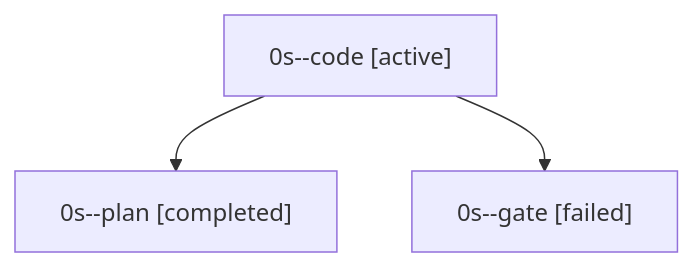
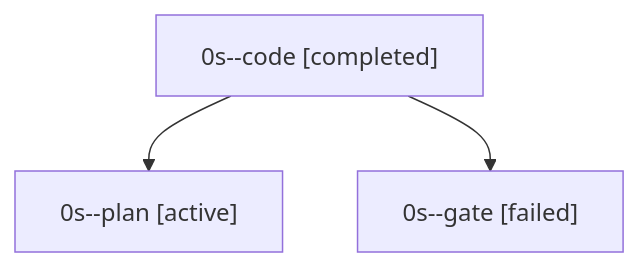
One commit to sase-org/sase--agents changed the diagram in families/bbugyi200.apollo.0s.md. Above: the diagram before and after it, drawn with Mermaid. The commit also changed other lines of this file and 40 other files, not shown here.

````diff
--- a/families/bbugyi200.apollo.0s.md
+++ b/families/bbugyi200.apollo.0s.md
@@ -9,8 +9,8 @@
 ```mermaid
 flowchart TD
-  n0["0s--code [active]"]
-  n1["0s--plan [completed]"]
+  n0["0s--code [completed]"]
+  n1["0s--plan [active]"]
   n0 --> n1
   n2["0s--gate [failed]"]
   n0 --> n2
 ```
````
